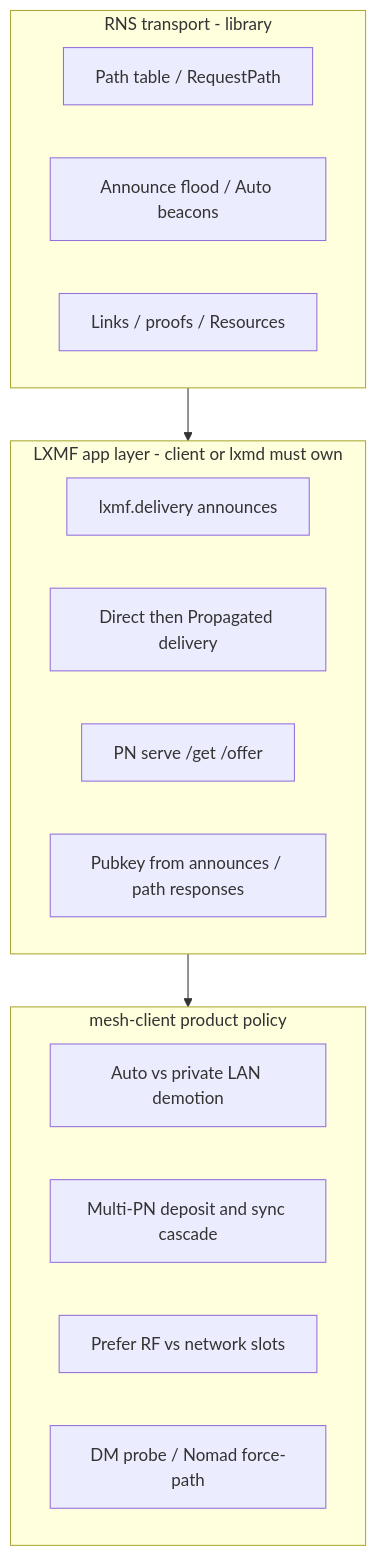
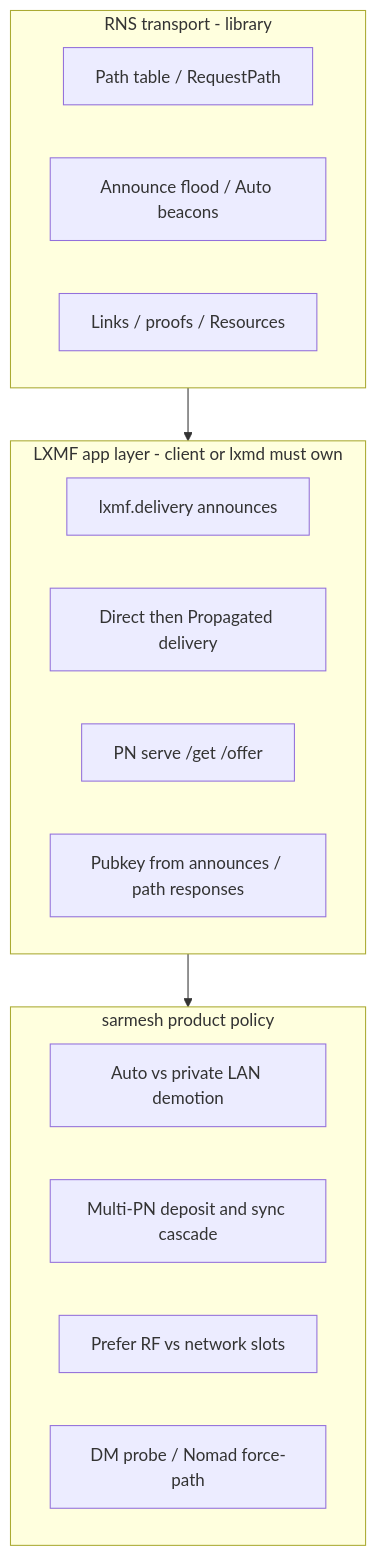
Before and after one commit to W9MDM/SARMesh: the second of 2 diagrams in docs/reticulum.md, drawn with Mermaid. The commit also changed other lines of this file and 282 other files, not shown here.

````diff
--- a/docs/reticulum.md
+++ b/docs/reticulum.md
@@ -187,22 +187,22 @@
 ```mermaid
 flowchart TB
   subgraph rns [RNS transport - library]
     PathTable[Path table / RequestPath]
     AnnounceFlood[Announce flood / Auto beacons]
     Links[Links / proofs / Resources]
   end
   subgraph lxmf [LXMF app layer - client or lxmd must own]
     DeliveryAnnounce[lxmf.delivery announces]
     OutboundDriver[Direct then Propagated delivery]
     PnHost[PN serve /get /offer]
     IdentityLearn[Pubkey from announces / path responses]
   end
-  subgraph mesh [mesh-client product policy]
+  subgraph mesh [sarmesh product policy]
     AutoDemote[Auto vs private LAN demotion]
     PnCascade[Multi-PN deposit and sync cascade]
     PathMedium[Prefer RF vs network slots]
     UiProbe[DM probe / Nomad force-path]
   end
   rns --> lxmf
   lxmf --> mesh
 ```
````
